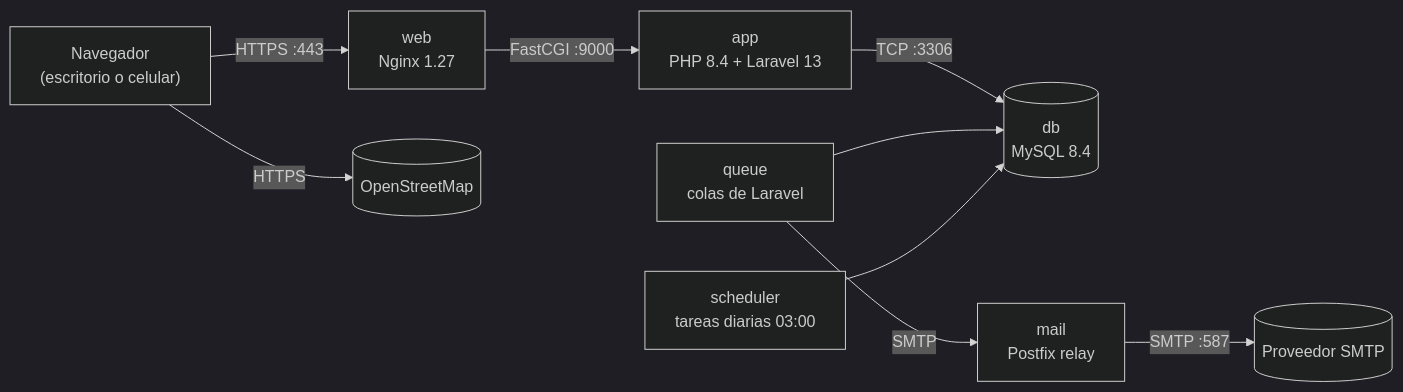
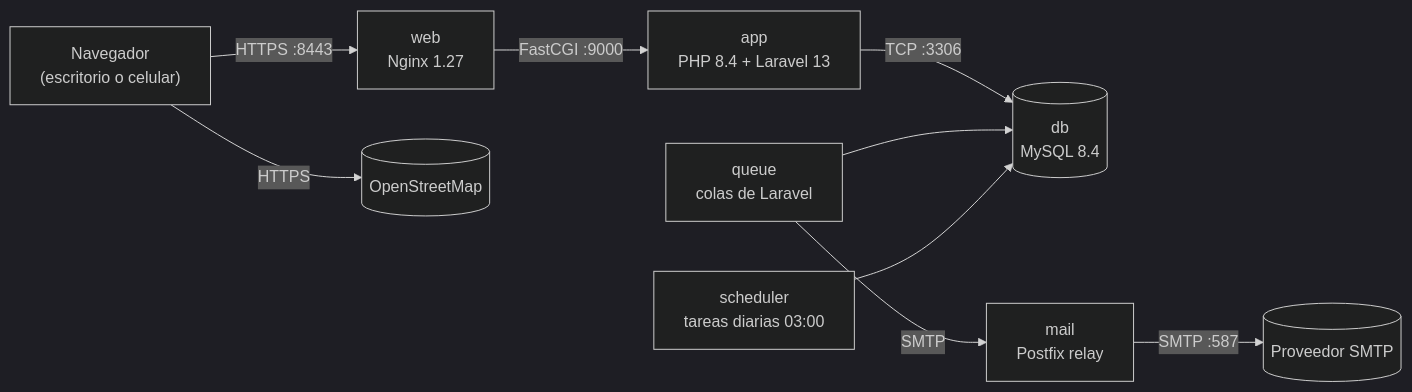
One commit to CodeCraftersITI/adoptauy changed the diagram in README.md. Above: the diagram before and after it, drawn with Mermaid (dark theme). The commit also changed other lines of this file and 9 other files, not shown here.

````diff
--- a/README.md
+++ b/README.md
@@ -72,11 +72,11 @@
 ```mermaid
 flowchart LR
-    U["Navegador<br/>(escritorio o celular)"] -- "HTTPS :443" --> W["web<br/>Nginx 1.27"]
+    U["Navegador<br/>(escritorio o celular)"] -- "HTTPS :8443" --> W["web<br/>Nginx 1.27"]
     U -- "HTTPS" --> OSM[("OpenStreetMap")]
     W -- "FastCGI :9000" --> A["app<br/>PHP 8.4 + Laravel 13"]
     A -- "TCP :3306" --> D[("db<br/>MySQL 8.4")]
     Q["queue<br/>colas de Laravel"] --> D
     S["scheduler<br/>tareas diarias 03:00"] --> D
     Q -- "SMTP" --> M["mail<br/>Postfix relay"]
     M -- "SMTP :587" --> EXT[("Proveedor SMTP")]
 ```
````
